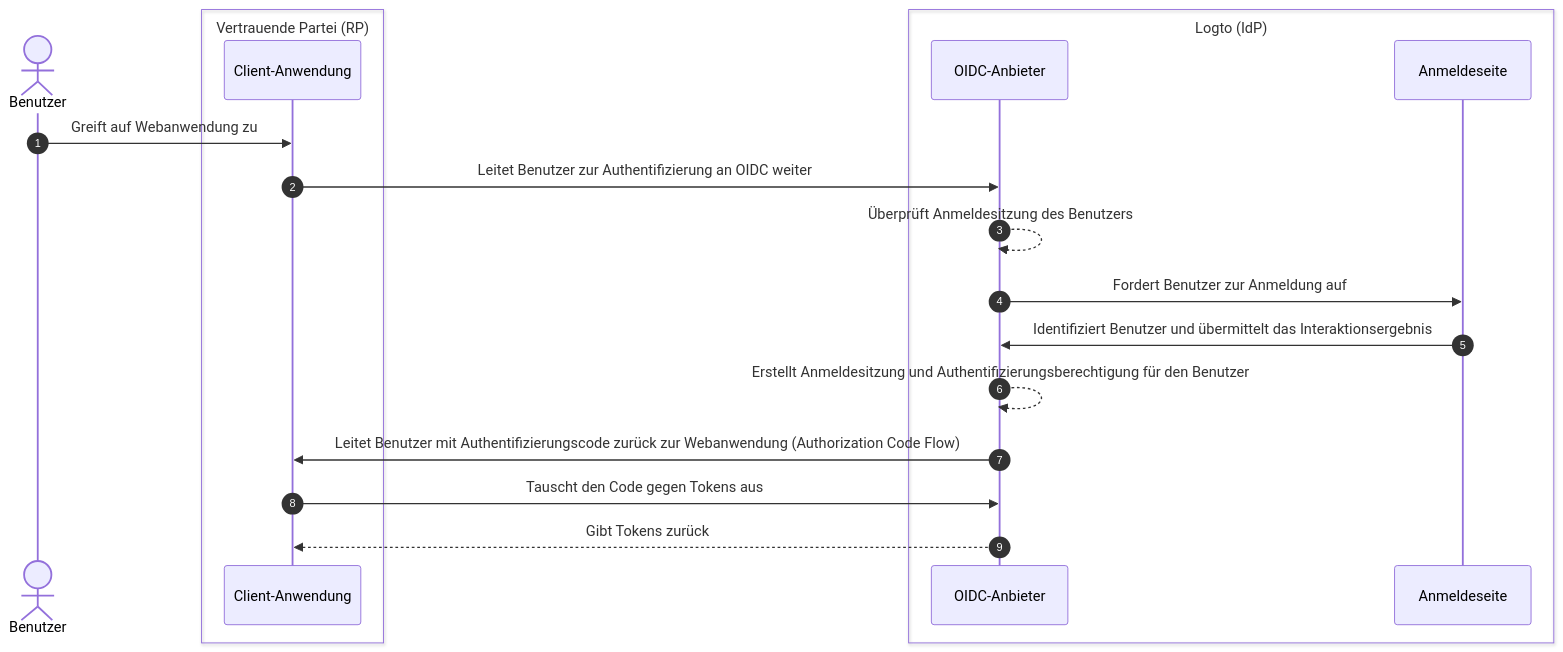
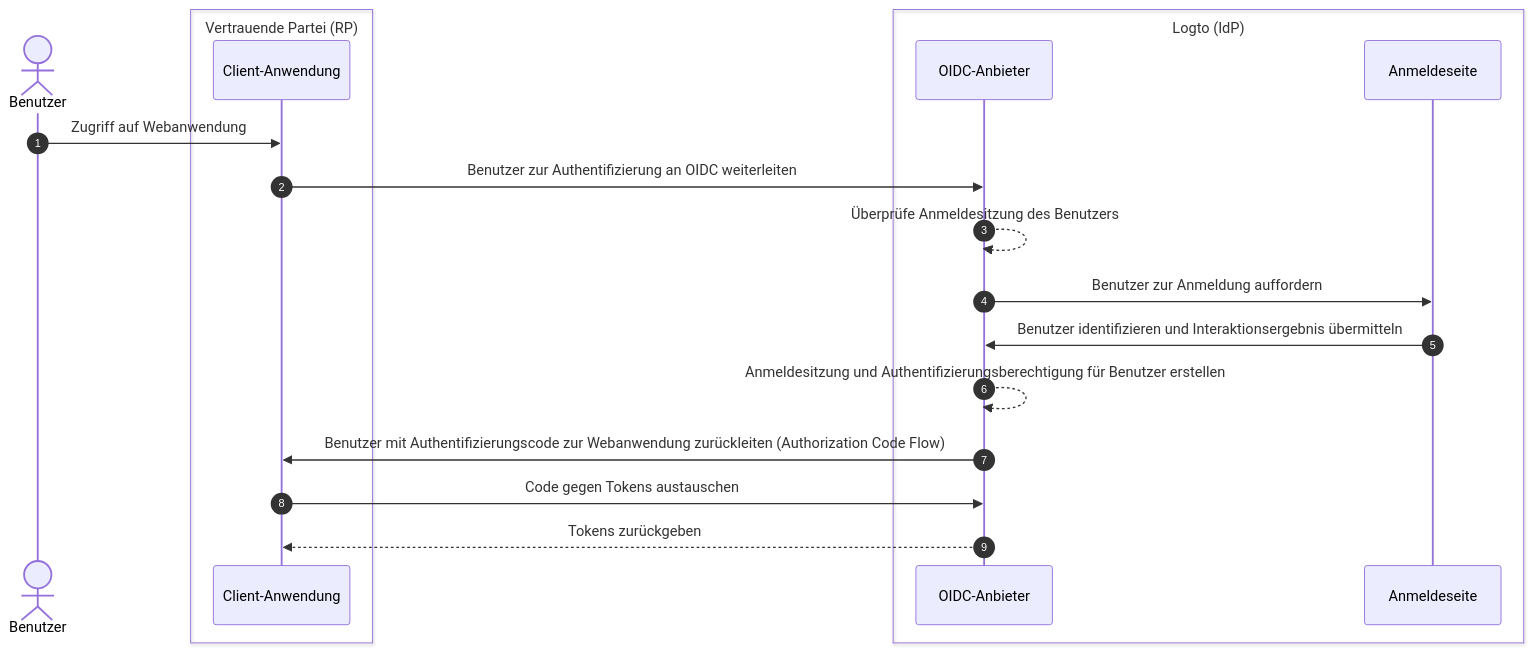
The first of 3 diagrams in i18n/de/docusaurus-plugin-content-docs/current/end-user-flows/sign-out.mdx (logto-io/docs), drawn with Mermaid before and after one commit. The commit also changed other lines of this file and 67 other files, not shown here.

````diff
--- a/i18n/de/docusaurus-plugin-content-docs/current/end-user-flows/sign-out.mdx
+++ b/i18n/de/docusaurus-plugin-content-docs/current/end-user-flows/sign-out.mdx
@@ -13,24 +13,24 @@
 ```mermaid
   sequenceDiagram
     autonumber
     actor Benutzer
 
     box Vertrauende Partei (RP)
       participant Client as Client-Anwendung
     end
 
     box Logto (IdP)
       participant OIDC as OIDC-Anbieter
       participant SignIn as Anmeldeseite
     end
 
-    Benutzer ->> Client: Greift auf Webanwendung zu
-    Client ->> OIDC: Leitet Benutzer zur Authentifizierung an OIDC weiter
-    OIDC -->> OIDC: Überprüft Anmeldesitzung des Benutzers
-    OIDC ->> SignIn: Fordert Benutzer zur Anmeldung auf
-    SignIn ->> OIDC: Identifiziert Benutzer und übermittelt das Interaktionsergebnis
-    OIDC -->> OIDC: Erstellt Anmeldesitzung und Authentifizierungsberechtigung für den Benutzer
-    OIDC ->> Client: Leitet Benutzer mit Authentifizierungscode zurück zur Webanwendung (Authorization Code Flow)
-    Client ->> OIDC: Tauscht den Code gegen Tokens aus
-    OIDC -->> Client: Gibt Tokens zurück
+    Benutzer ->> Client: Zugriff auf Webanwendung
+    Client ->> OIDC: Benutzer zur Authentifizierung an OIDC weiterleiten
+    OIDC -->> OIDC: Überprüfe Anmeldesitzung des Benutzers
+    OIDC ->> SignIn: Benutzer zur Anmeldung auffordern
+    SignIn ->> OIDC: Benutzer identifizieren und Interaktionsergebnis übermitteln
+    OIDC -->> OIDC: Anmeldesitzung und Authentifizierungsberechtigung für Benutzer erstellen
+    OIDC ->> Client: Benutzer mit Authentifizierungscode zur Webanwendung zurückleiten (Authorization Code Flow)
+    Client ->> OIDC: Code gegen Tokens austauschen
+    OIDC -->> Client: Tokens zurückgeben
 ```
````
